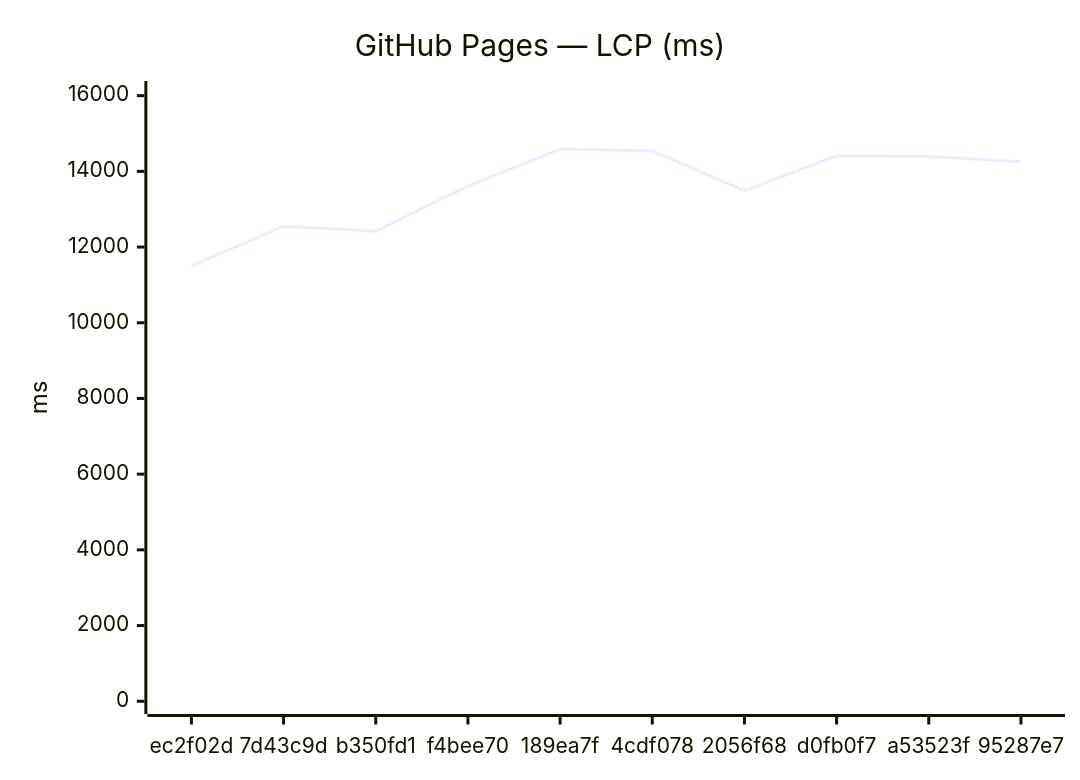
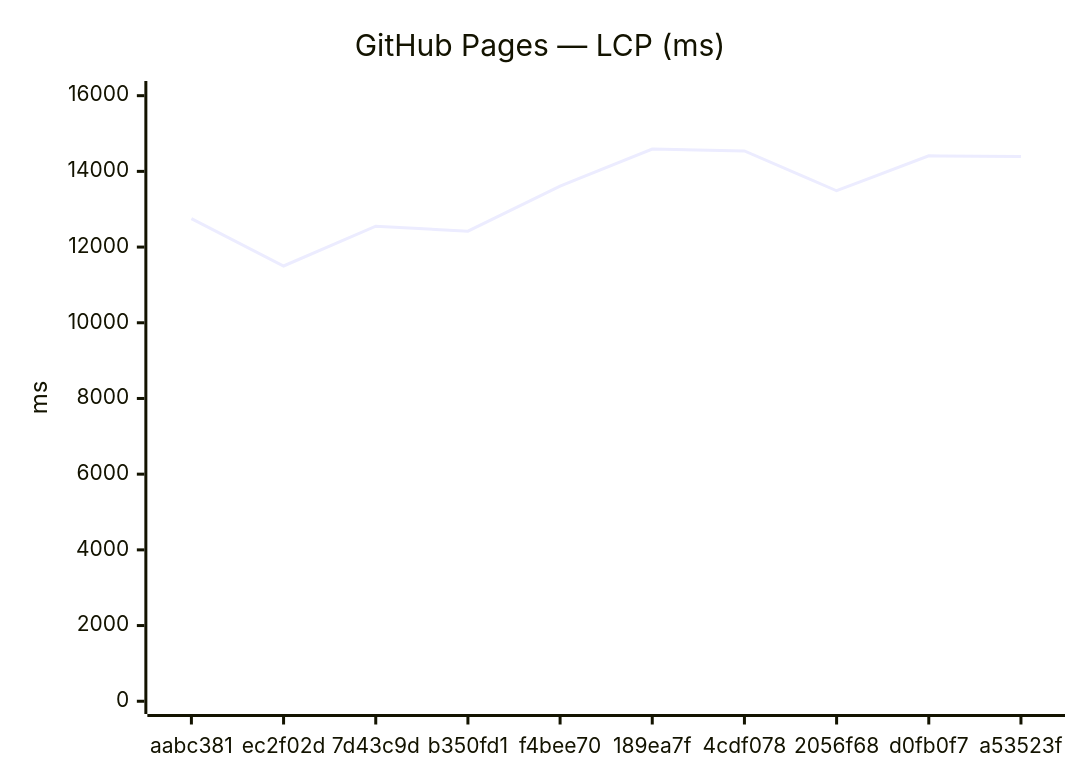
One commit to Metaheurist/Rianell changed the third of 18 diagrams in benchmarks/compare.md. Above: the diagram before and after it, drawn with Mermaid. The commit also changed other lines of this file and 11 other files, not shown here.

````diff
--- a/benchmarks/compare.md
+++ b/benchmarks/compare.md
@@ -54,7 +54,7 @@
 ```mermaid
 xychart-beta
     title "GitHub Pages — LCP (ms)"
-    x-axis ["ec2f02d", "7d43c9d", "b350fd1", "f4bee70", "189ea7f", "4cdf078", "2056f68", "d0fb0f7", "a53523f", "95287e7"]
+    x-axis ["aabc381", "ec2f02d", "7d43c9d", "b350fd1", "f4bee70", "189ea7f", "4cdf078", "2056f68", "d0fb0f7", "a53523f"]
     y-axis "ms" 0 --> 16051
-    line [11500, 12552, 12421, 13612, 14591, 14540, 13488, 14410, 14392, 14255]
+    line [12751, 11500, 12552, 12421, 13612, 14591, 14540, 13488, 14410, 14392]
 ```
````
